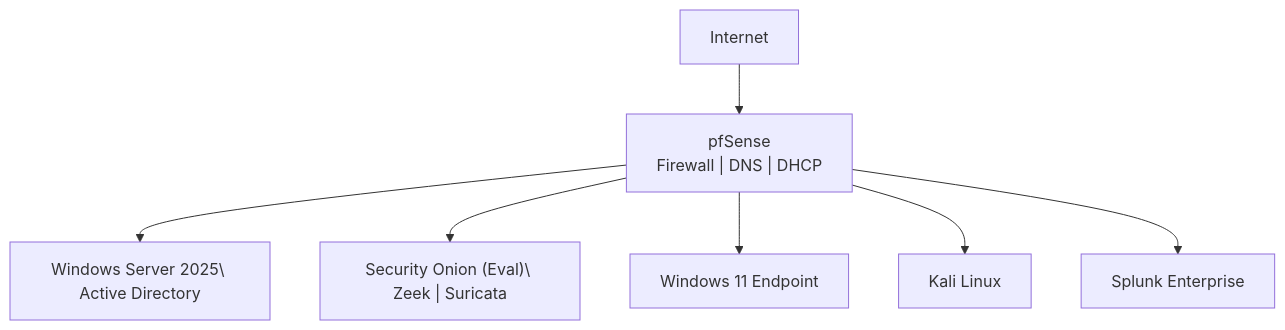
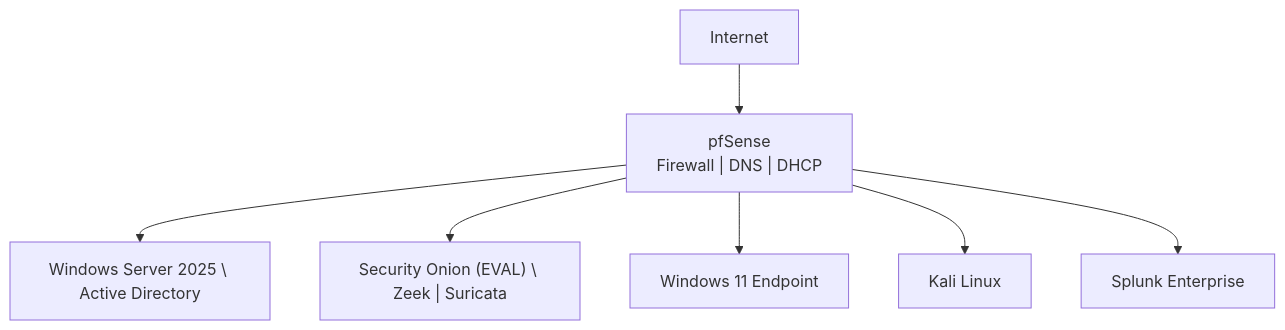
Before and after one commit to espcarlo27-byte/jce-cyber-lab: the diagram in README.md, drawn with Mermaid.

Commit message:
UpdateD 122925522 README.md

````diff
--- a/README.md
+++ b/README.md
@@ -59,18 +59,18 @@
 ```mermaid
 flowchart TB
     Internet["Internet"]
     pfSense["pfSense\nFirewall | DNS | DHCP"]
 
-    AD["Windows Server 2025\ Active Directory"]
-    SO["Security Onion (Eval)\ Zeek | Suricata"]
+    AD["Windows Server 2025 \ Active Directory"]
+    SO["Security Onion (EVAL) \ Zeek | Suricata"]
     Win11["Windows 11 Endpoint"]
     Kali["Kali Linux"]
     Splunk["Splunk Enterprise"]
 
     Internet --> pfSense
     pfSense --> AD
     pfSense --> SO
     pfSense --> Win11
     pfSense --> Kali
     pfSense --> Splunk
 ```
````
